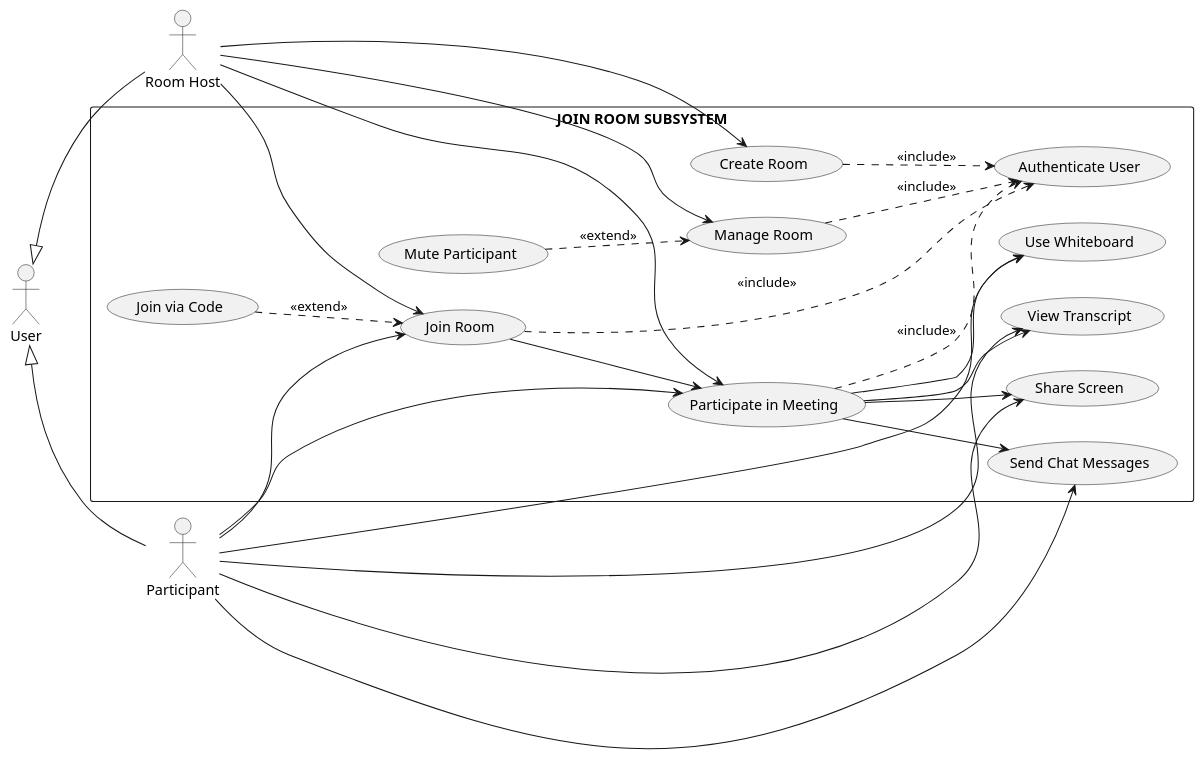
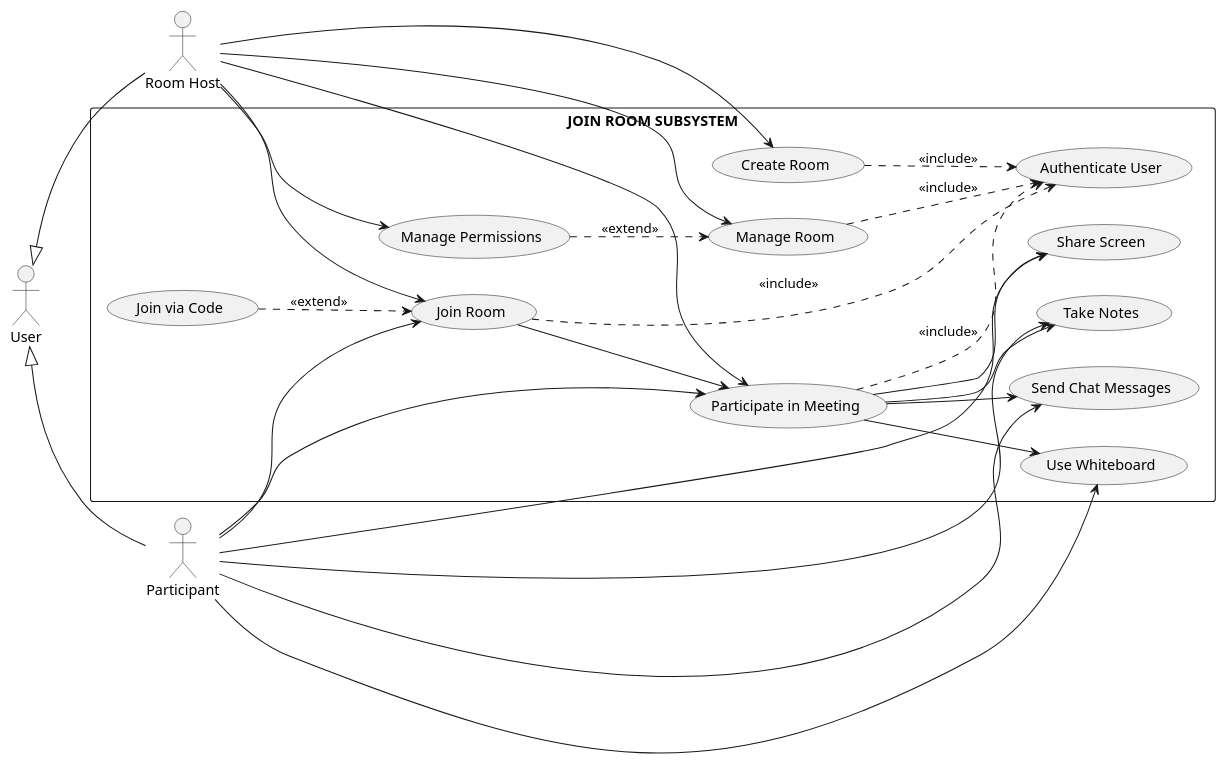
One commit to pho-veteran/stoom changed the third of 19 diagrams in stoom-app/reports.md. Above: the diagram before and after it, drawn with PlantUML. The commit also changed other lines of this file and 44 other files, not shown here.

````diff
--- a/stoom-app/reports.md
+++ b/stoom-app/reports.md
@@ -270,54 +307,55 @@
 ```plantuml
 @startuml
 left to right direction
 skinparam packageStyle rectangle
 skinparam monochrome true
 
 actor User
 actor "Room Host" as RoomHost
 actor "Participant" as Participant
 User <|-- RoomHost
 User <|-- Participant
 
 rectangle "JOIN ROOM SUBSYSTEM" {
     usecase "Authenticate User" as UC_Auth
     usecase "Create Room" as UC_CreateRoom
     usecase "Join Room" as UC_JoinRoom
     usecase "Join via Code" as UC_JoinCode
     usecase "Manage Room" as UC_ManageRoom
-    usecase "Mute Participant" as UC_Mute
+    usecase "Manage Permissions" as UC_ManagePermissions
     usecase "Participate in Meeting" as UC_Participate
     usecase "Share Screen" as UC_ScreenShare
     usecase "Use Whiteboard" as UC_Whiteboard
+    usecase "Take Notes" as UC_Notes
     usecase "Send Chat Messages" as UC_Chat
-    usecase "View Transcript" as UC_Transcript
 }
 
 RoomHost --> UC_CreateRoom
 RoomHost --> UC_ManageRoom
+RoomHost --> UC_ManagePermissions
 RoomHost --> UC_JoinRoom
 RoomHost --> UC_Participate
 
 Participant --> UC_JoinRoom
 Participant --> UC_Participate
 Participant --> UC_ScreenShare
 Participant --> UC_Whiteboard
+Participant --> UC_Notes
 Participant --> UC_Chat
-Participant --> UC_Transcript
 
 UC_CreateRoom ..> UC_Auth : <<include>>
 UC_JoinRoom ..> UC_Auth : <<include>>
 UC_ManageRoom ..> UC_Auth : <<include>>
 UC_Participate ..> UC_Auth : <<include>>
 
 UC_JoinCode ..> UC_JoinRoom : <<extend>>
-UC_Mute ..> UC_ManageRoom : <<extend>>
+UC_ManagePermissions ..> UC_ManageRoom : <<extend>>
 
 UC_JoinRoom --> UC_Participate
 UC_Participate --> UC_ScreenShare
 UC_Participate --> UC_Whiteboard
+UC_Participate --> UC_Notes
 UC_Participate --> UC_Chat
-UC_Participate --> UC_Transcript
 
 @enduml
 ```
````
